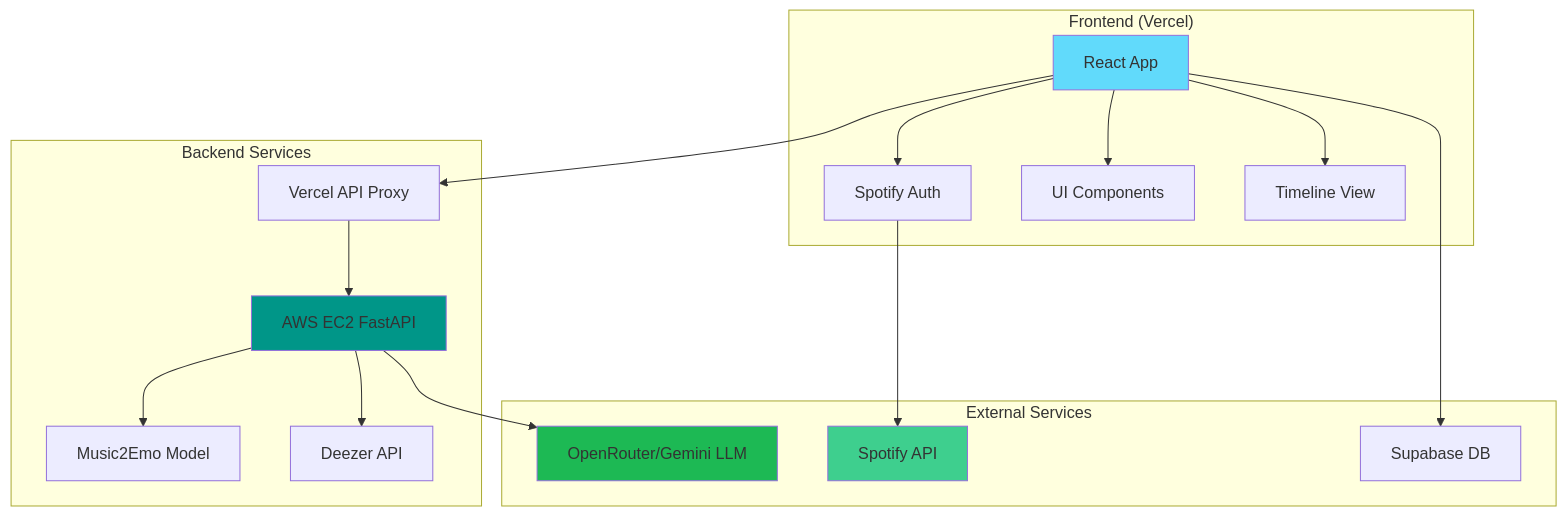
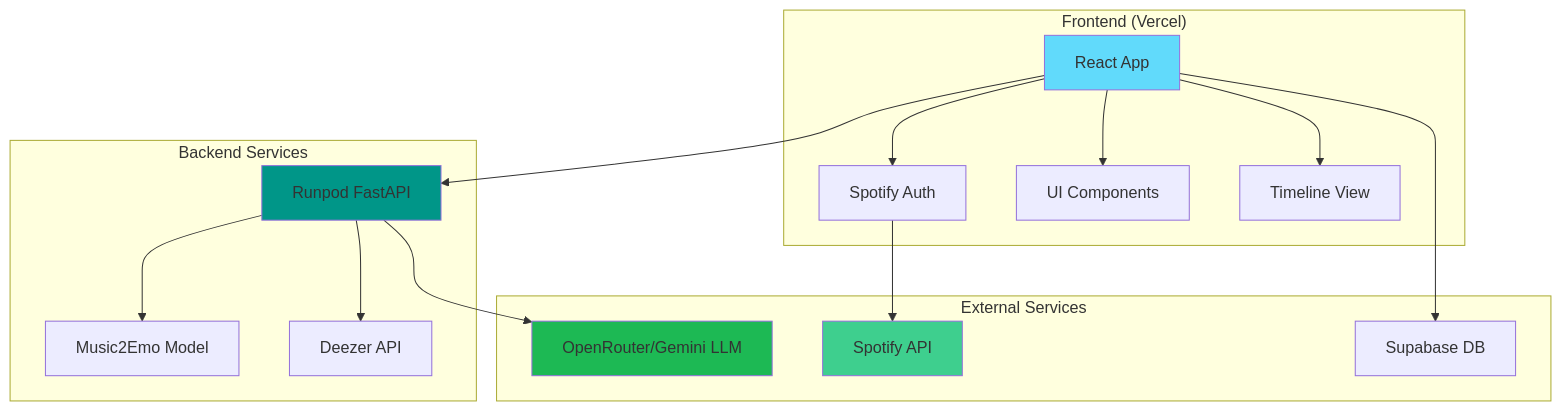
The first of 2 diagrams in docs/TECHNICAL_DOCUMENTATION.md (bjh-developer/vibelines), drawn with Mermaid before and after one commit. The commit also changed other lines of this file, not shown here.

First line of the commit message:
Change backend deployment from AWS EC2 to Runpod

````diff
--- a/docs/TECHNICAL_DOCUMENTATION.md
+++ b/docs/TECHNICAL_DOCUMENTATION.md
@@ -52,30 +52,30 @@
 ```mermaid
 graph TB
     subgraph "Frontend (Vercel)"
         A[React App] --> B[Spotify Auth]
         A --> C[UI Components]
         A --> D[Timeline View]
     end
     
     subgraph "Backend Services"
-        E[Vercel API Proxy] --> F[AWS EC2 FastAPI]
+        F[Runpod FastAPI]
         F --> G[Music2Emo Model]
         F --> H[Deezer API]
     end
     
     subgraph "External Services"
         I[OpenRouter/Gemini LLM]
         J[Spotify API]
         K[Supabase DB]
     end
     
-    A --> E
+    A --> F
     B --> J
     A --> K
     F --> I
     
     style A fill:#61dafb
     style F fill:#009688
     style I fill:#1db954
     style J fill:#3ecf8e
 ```
````
